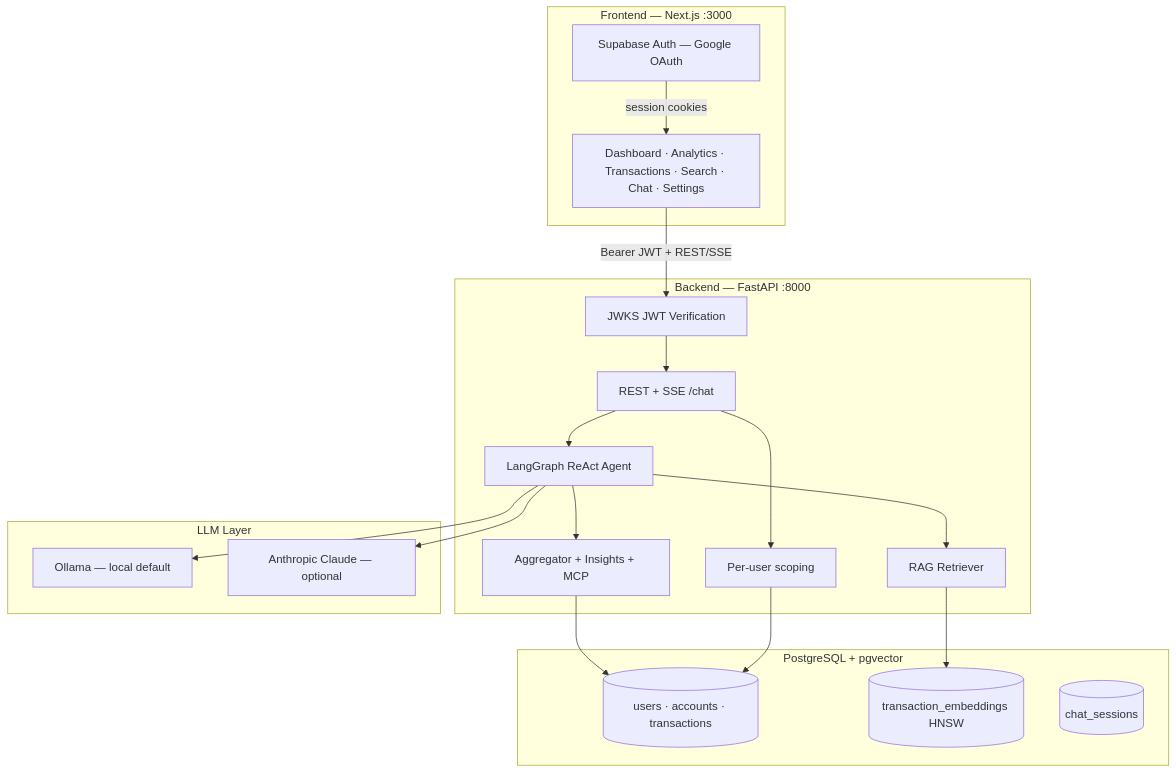
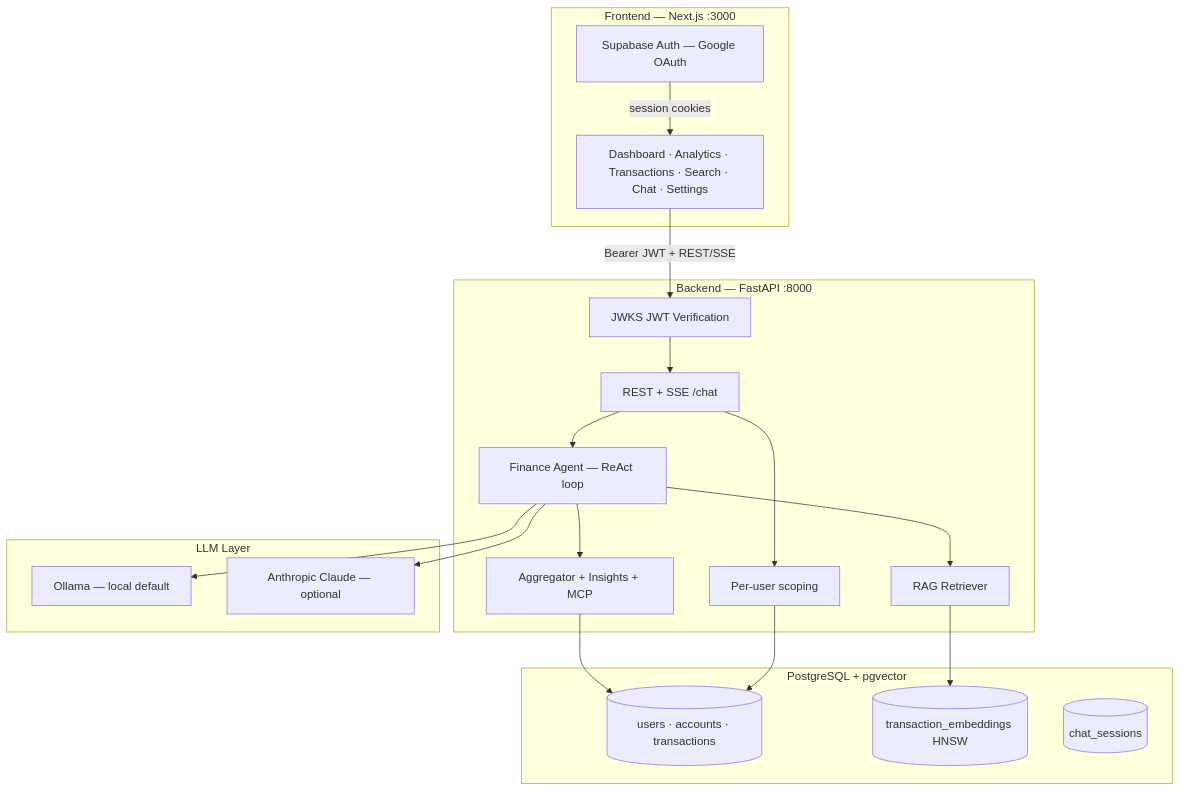
One commit to Arsalan-05/FinSight_AI changed the diagram in DOCUMENTATION.md. Above: the diagram before and after it, drawn with Mermaid. The commit also changed other lines of this file and 17 other files, not shown here.

````diff
--- a/DOCUMENTATION.md
+++ b/DOCUMENTATION.md
@@ -100,40 +103,40 @@
 ```mermaid
 flowchart TB
     subgraph client [Frontend — Next.js :3000]
         UI[Dashboard · Analytics · Transactions · Search · Chat · Settings]
         AuthUI[Supabase Auth — Google OAuth]
     end
 
     subgraph api [Backend — FastAPI :8000]
         JWT[JWKS JWT Verification]
         Routes[REST + SSE /chat]
         Scope[Per-user scoping]
-        Agent[LangGraph ReAct Agent]
+        Agent[Finance Agent — ReAct loop]
         RAG[RAG Retriever]
         Tools[Aggregator + Insights + MCP]
     end
 
     subgraph data [PostgreSQL + pgvector]
         Rel[(users · accounts · transactions)]
         Vec[(transaction_embeddings HNSW)]
         Sessions[(chat_sessions)]
     end
 
     subgraph llm [LLM Layer]
         Ollama[Ollama — local default]
         Claude[Anthropic Claude — optional]
     end
 
     AuthUI -->|session cookies| UI
     UI -->|Bearer JWT + REST/SSE| JWT
     JWT --> Routes
     Routes --> Scope
     Scope --> Rel
     Routes --> Agent
     Agent --> RAG
     Agent --> Tools
     RAG --> Vec
     Tools --> Rel
     Agent --> Ollama
     Agent --> Claude
 ```
````
